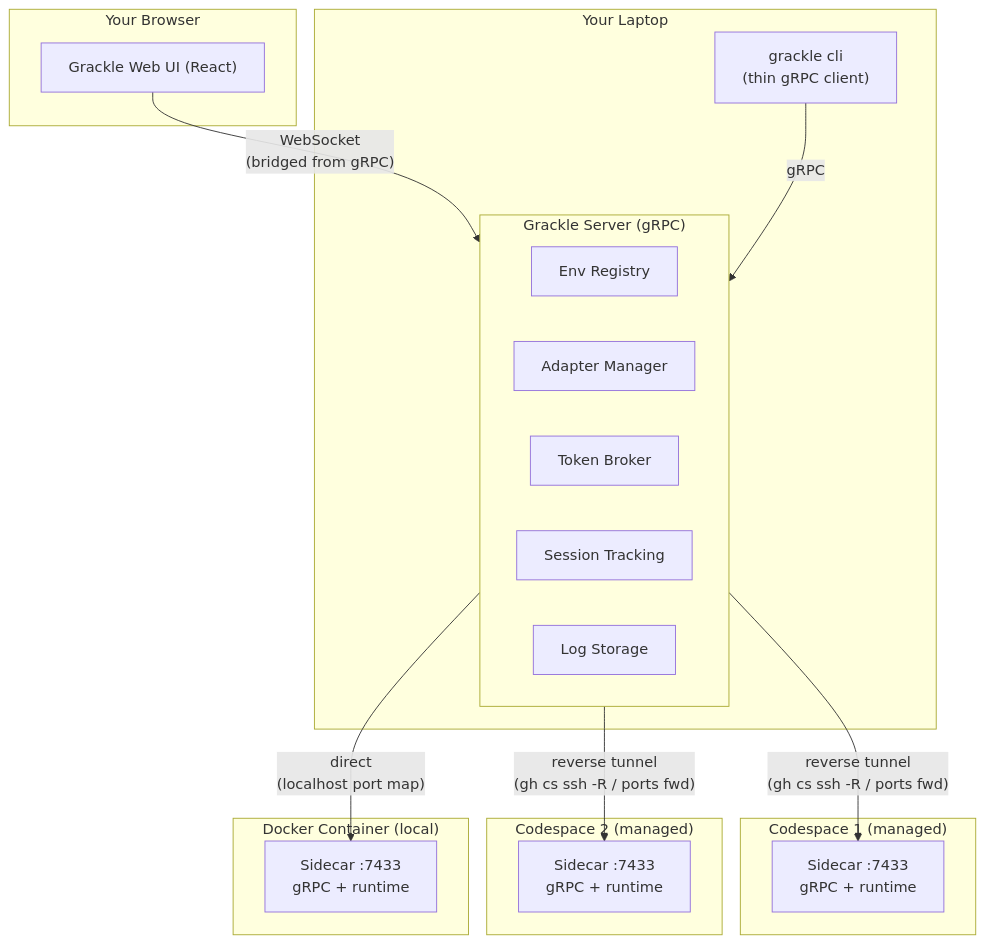
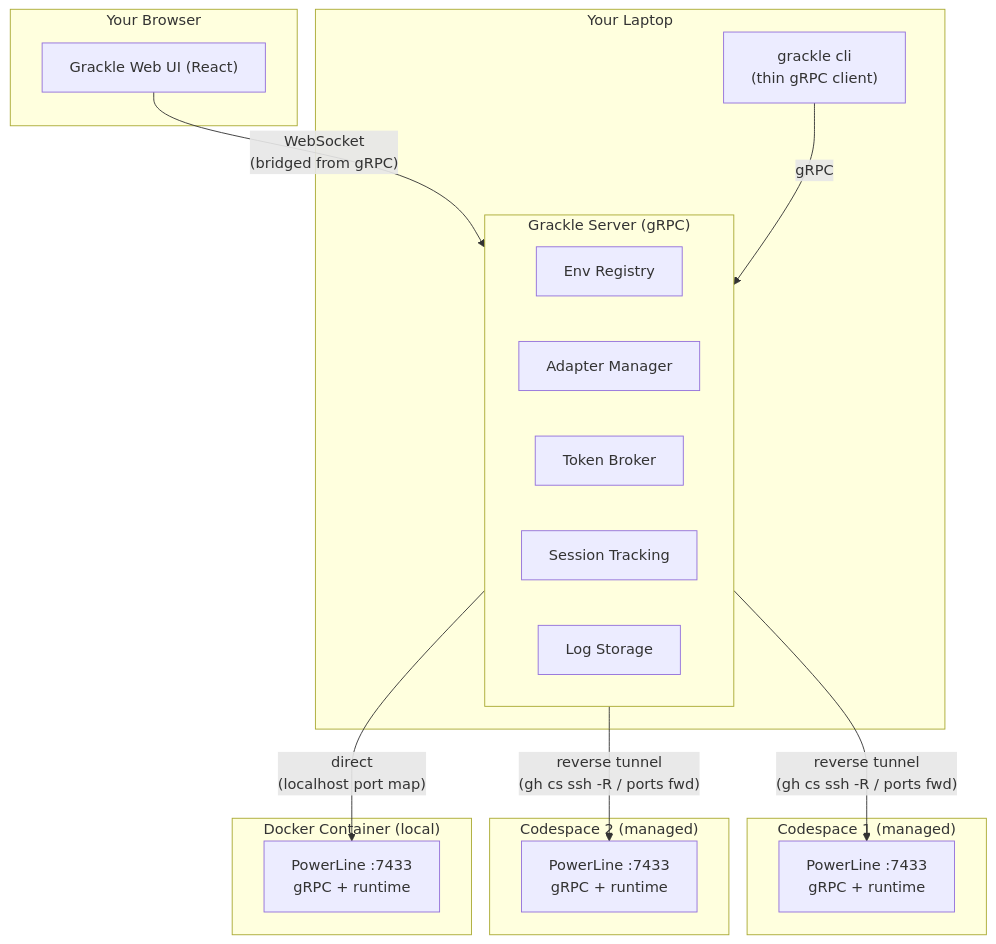
The first of 5 diagrams in specs/v0.md (nick-pape/grackle), drawn with Mermaid before and after one commit. The commit also changed other lines of this file and 45 other files, not shown here.

First line of the commit message:
Address PR review: Drizzle ORM, PowerLine rename, security fixes, UX improvements

````diff
--- a/specs/v0.md
+++ b/specs/v0.md
@@ -41,35 +41,35 @@
 ```mermaid
 graph TB
     subgraph Browser["Your Browser"]
         UI["Grackle Web UI (React)"]
     end
 
     subgraph Laptop["Your Laptop"]
         CLI["grackle cli<br/>(thin gRPC client)"]
         subgraph Server["Grackle Server (gRPC)"]
             Registry["Env Registry"]
             Adapters["Adapter Manager"]
             Broker["Token Broker"]
             Sessions["Session Tracking"]
             Logs["Log Storage"]
         end
     end
 
     subgraph CS1["Codespace 1 (managed)"]
-        SC1["Sidecar :7433<br/>gRPC + runtime"]
+        SC1["PowerLine :7433<br/>gRPC + runtime"]
     end
 
     subgraph CS2["Codespace 2 (managed)"]
-        SC2["Sidecar :7433<br/>gRPC + runtime"]
+        SC2["PowerLine :7433<br/>gRPC + runtime"]
     end
 
     subgraph Docker["Docker Container (local)"]
-        SC3["Sidecar :7433<br/>gRPC + runtime"]
+        SC3["PowerLine :7433<br/>gRPC + runtime"]
     end
 
     UI -- "WebSocket<br/>(bridged from gRPC)" --> Server
     CLI -- "gRPC" --> Server
     Server -- "reverse tunnel<br/>(gh cs ssh -R / ports fwd)" --> SC1
     Server -- "reverse tunnel<br/>(gh cs ssh -R / ports fwd)" --> SC2
     Server -- "direct<br/>(localhost port map)" --> SC3
 ```
````
